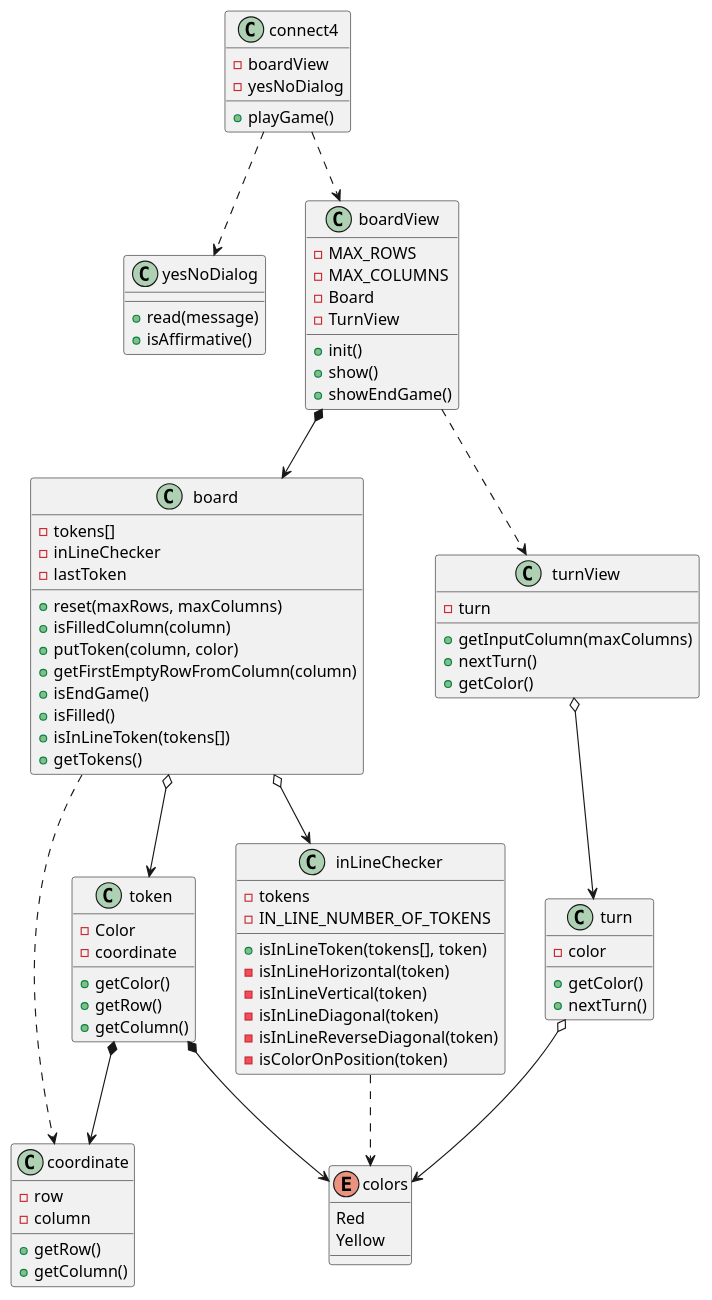
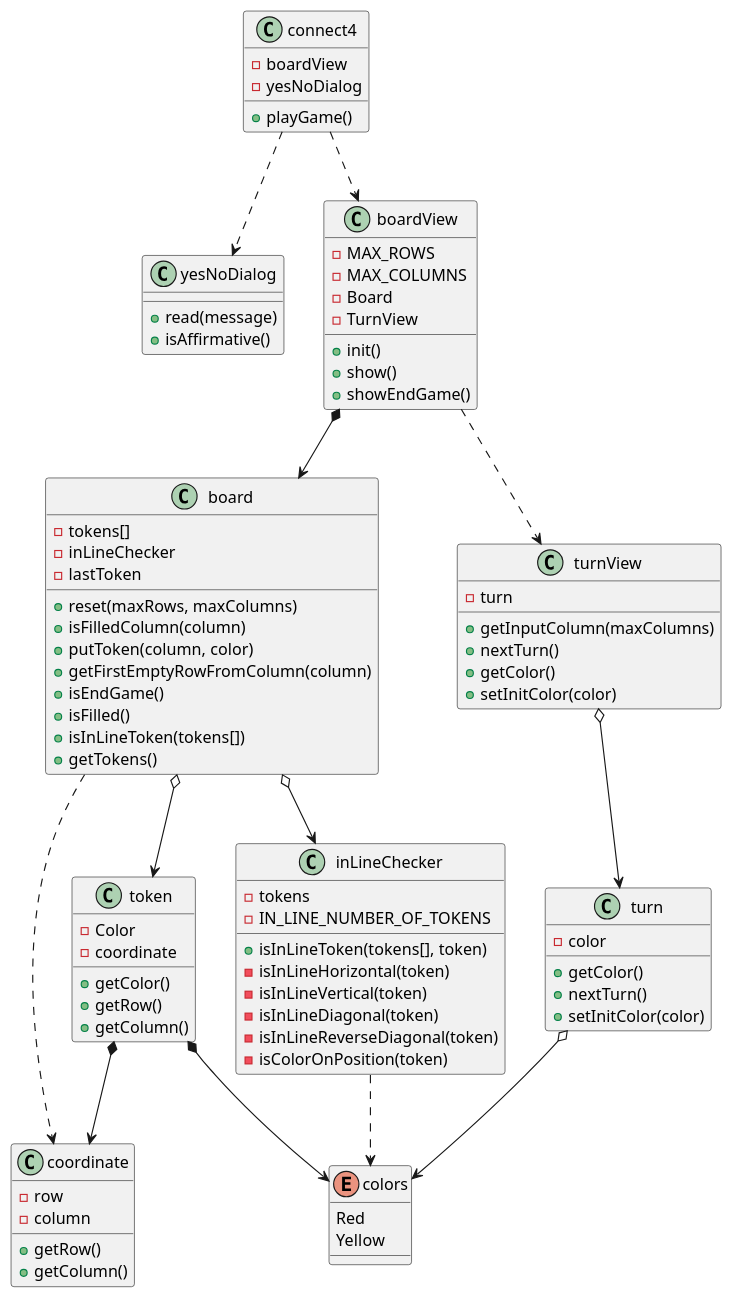
One commit to jumpering/connect4 changed the diagram in UML/softwareModel.puml. Above: the diagram before and after it, drawn with PlantUML. The commit also changed 2 other files, not shown here.

Commit message:
add setinitColor on turn/view and UML refactor

```diff
--- a/UML/softwareModel.puml
+++ b/UML/softwareModel.puml
@@ -1,90 +1,92 @@
 @startuml
 
 class connect4{
     - boardView
     - yesNoDialog
     + playGame()
 }
 class yesNoDialog{
     + read(message)
     + isAffirmative()
 }
 class board{
     - tokens[]
     - inLineChecker
     - lastToken
     + reset(maxRows, maxColumns)
     + isFilledColumn(column)
     + putToken(column, color)
     + getFirstEmptyRowFromColumn(column)
     + isEndGame()
     + isFilled()
     + isInLineToken(tokens[])
     + getTokens()
 }
 class boardView{
     - MAX_ROWS
     - MAX_COLUMNS
     - Board
     - TurnView
     + init()
     + show()
     + showEndGame()
 }
 class inLineChecker{
     - tokens
     - IN_LINE_NUMBER_OF_TOKENS
     + isInLineToken(tokens[], token)
     - isInLineHorizontal(token)
     - isInLineVertical(token)
     - isInLineDiagonal(token)
     - isInLineReverseDiagonal(token)
     - isColorOnPosition(token)
 }
 
 class token{
     - Color
     - coordinate
     + getColor()
     + getRow()
     + getColumn()
 }
 
 class coordinate {
     - row 
     - column
     + getRow()
     + getColumn()
 }
 
 class turnView{
     - turn
     + getInputColumn(maxColumns)
     + nextTurn()
     + getColor()
+    + setInitColor(color)
 }
 
 class turn{
     - color
     + getColor()
     + nextTurn()
+    + setInitColor(color)
 }
 
 enum colors{
 Red
 Yellow
 }
 
 connect4 ..> boardView
 connect4 ..> yesNoDialog
 boardView *--> board
 boardView ..> turnView
 turnView o--> turn
 board o--> token
 board o--> inLineChecker
 board ..> coordinate
 inLineChecker ..> colors
 turn o--> colors
 token *--> colors
 token *--> coordinate
 @enduml
```
